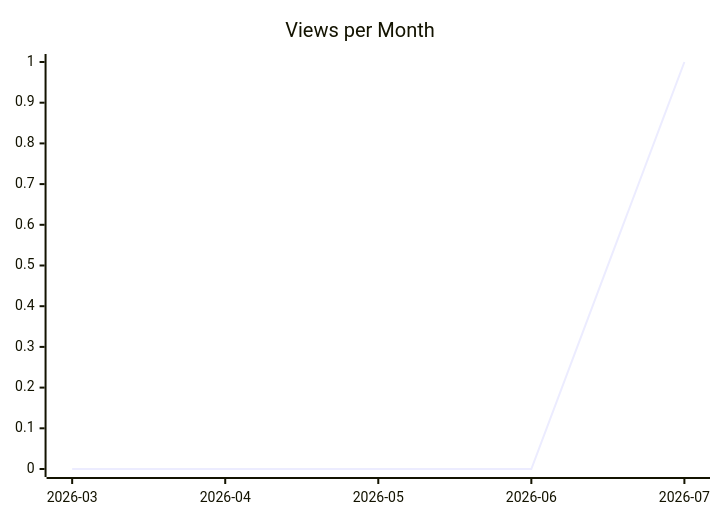
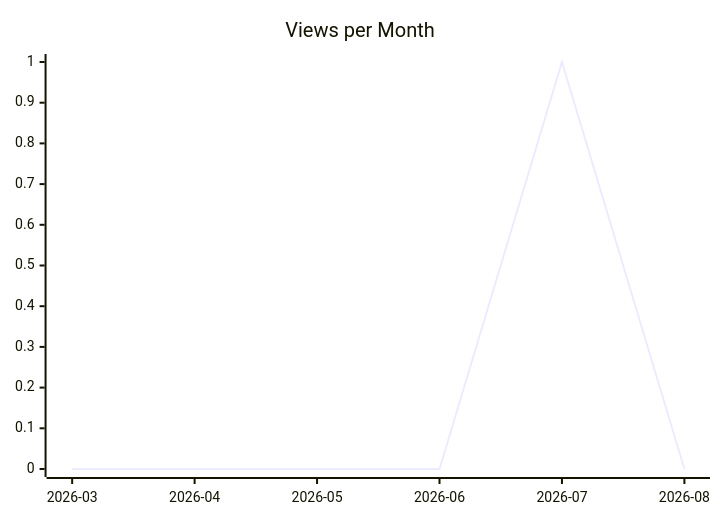
One commit to justdavis-family/github-analytics-data changed the second of 3 diagrams in karlmdavis/bbonfhir-dev-infra-docker/README.md. Above: the diagram before and after it, drawn with Mermaid. The commit also changed other lines of this file and 184 other files, not shown here.

````diff
--- a/karlmdavis/bbonfhir-dev-infra-docker/README.md
+++ b/karlmdavis/bbonfhir-dev-infra-docker/README.md
@@ -12,6 +12,6 @@
 ```mermaid
 xychart-beta
   title "Views per Month"
-  x-axis ["2026-03", "2026-04", "2026-05", "2026-06", "2026-07"]
-  line [0, 0, 0, 0, 1]
+  x-axis ["2026-03", "2026-04", "2026-05", "2026-06", "2026-07", "2026-08"]
+  line [0, 0, 0, 0, 1, 0]
 ```
````
